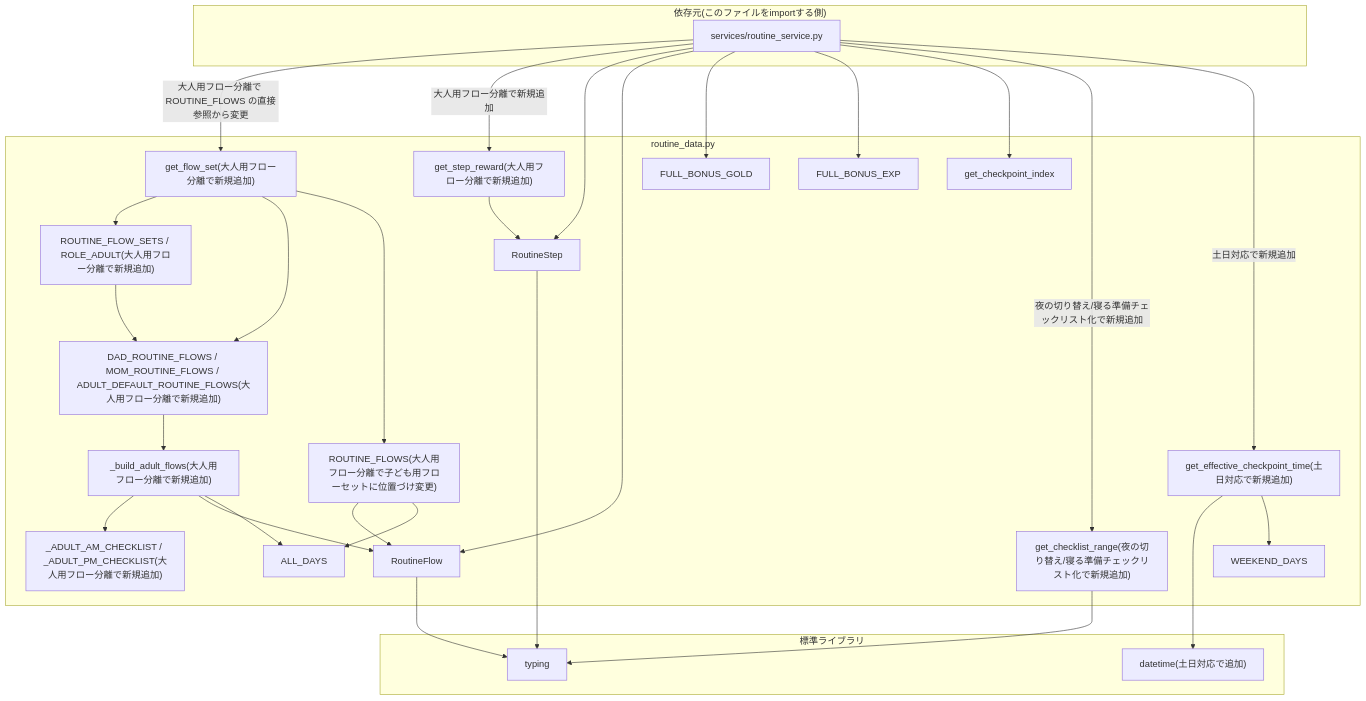
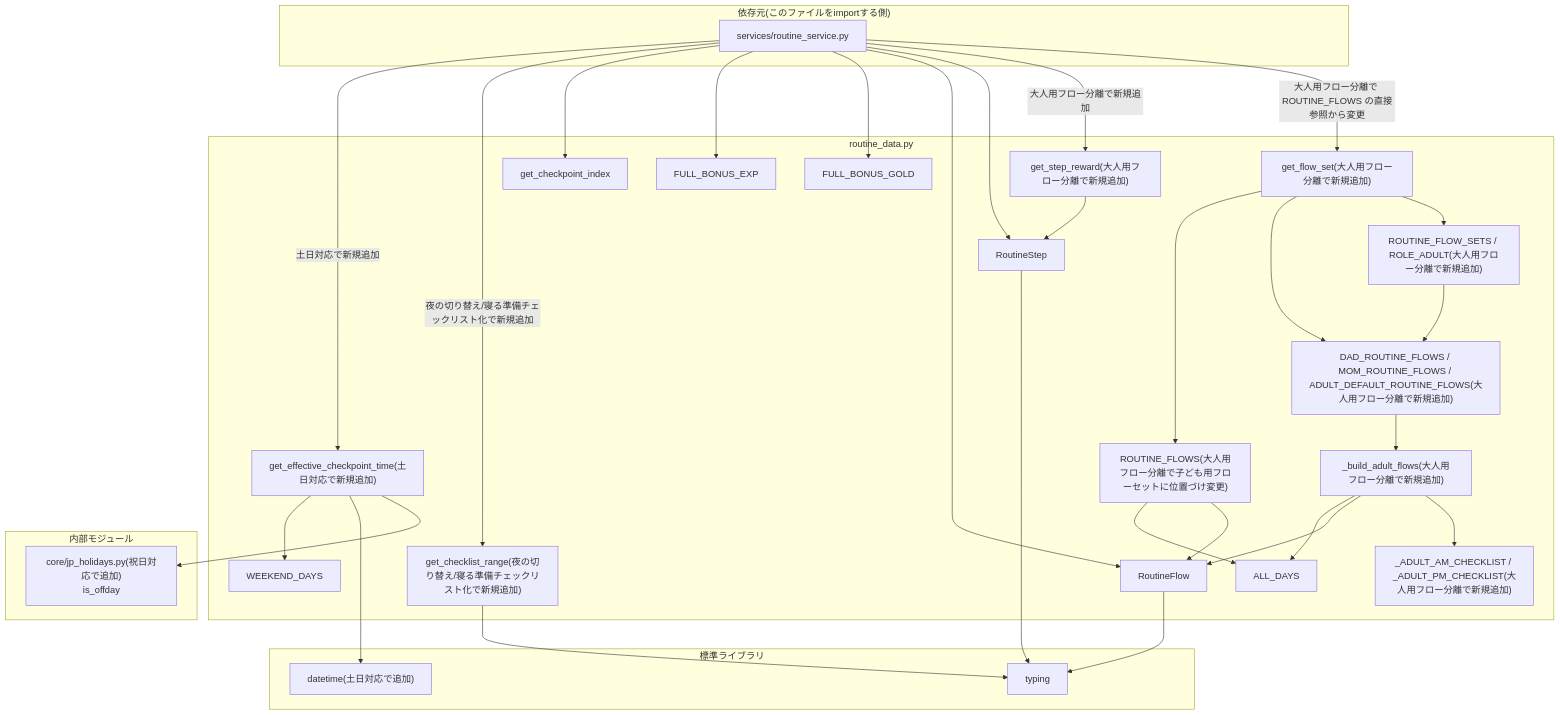
Before and after one commit to mmtigers/my_python_project: the second of 2 diagrams in docs/specifications/MY_HOME_SYSTEM/routine_data.md, drawn with Mermaid. The commit also changed other lines of this file and 18 other files, not shown here.

````diff
--- a/docs/specifications/MY_HOME_SYSTEM/routine_data.md
+++ b/docs/specifications/MY_HOME_SYSTEM/routine_data.md
@@ -418,58 +420,64 @@
 ```mermaid
 graph TD
     subgraph "routine_data.py"
         RoutineStep
         RoutineFlow
         ALL_DAYS
         WEEKEND_DAYS
         FULL_BONUS_GOLD
         FULL_BONUS_EXP
         ROUTINE_FLOWS["ROUTINE_FLOWS(大人用フロー分離で子ども用フローセットに位置づけ変更)"]
         AdultChecklists["_ADULT_AM_CHECKLIST / _ADULT_PM_CHECKLIST(大人用フロー分離で新規追加)"]
         build_adult_flows["_build_adult_flows(大人用フロー分離で新規追加)"]
         AdultFlows["DAD_ROUTINE_FLOWS / MOM_ROUTINE_FLOWS / ADULT_DEFAULT_ROUTINE_FLOWS(大人用フロー分離で新規追加)"]
         ROUTINE_FLOW_SETS["ROUTINE_FLOW_SETS / ROLE_ADULT(大人用フロー分離で新規追加)"]
         get_flow_set["get_flow_set(大人用フロー分離で新規追加)"]
         get_step_reward["get_step_reward(大人用フロー分離で新規追加)"]
         get_checkpoint_index
         get_checklist_range["get_checklist_range(夜の切り替え/寝る準備チェックリスト化で新規追加)"]
         get_effective_checkpoint_time["get_effective_checkpoint_time(土日対応で新規追加)"]
     end
+
+    subgraph "内部モジュール"
+        jp_holidays["core/jp_holidays.py(祝日対応で追加)\nis_offday"]
+    end
+
+    get_effective_checkpoint_time --> jp_holidays
 
     subgraph "標準ライブラリ"
         typing
         datetime["datetime(土日対応で追加)"]
     end
 
     subgraph "依存元(このファイルをimportする側)"
         routine_service["services/routine_service.py"]
     end
 
     RoutineStep --> typing
     RoutineFlow --> typing
     ROUTINE_FLOWS --> RoutineFlow
     ROUTINE_FLOWS --> ALL_DAYS
     get_checklist_range --> typing
     get_effective_checkpoint_time --> datetime
     get_effective_checkpoint_time --> WEEKEND_DAYS
 
     build_adult_flows --> AdultChecklists
     build_adult_flows --> RoutineFlow
     build_adult_flows --> ALL_DAYS
     AdultFlows --> build_adult_flows
     ROUTINE_FLOW_SETS --> AdultFlows
     get_flow_set --> ROUTINE_FLOW_SETS
     get_flow_set --> AdultFlows
     get_flow_set --> ROUTINE_FLOWS
     get_step_reward --> RoutineStep
 
     routine_service -->|"大人用フロー分離で ROUTINE_FLOWS の直接参照から変更"| get_flow_set
     routine_service -->|"大人用フロー分離で新規追加"| get_step_reward
     routine_service --> RoutineStep
     routine_service --> RoutineFlow
     routine_service --> FULL_BONUS_GOLD
     routine_service --> FULL_BONUS_EXP
     routine_service --> get_checkpoint_index
     routine_service -->|"夜の切り替え/寝る準備チェックリスト化で新規追加"| get_checklist_range
     routine_service -->|"土日対応で新規追加"| get_effective_checkpoint_time
 ```
````
